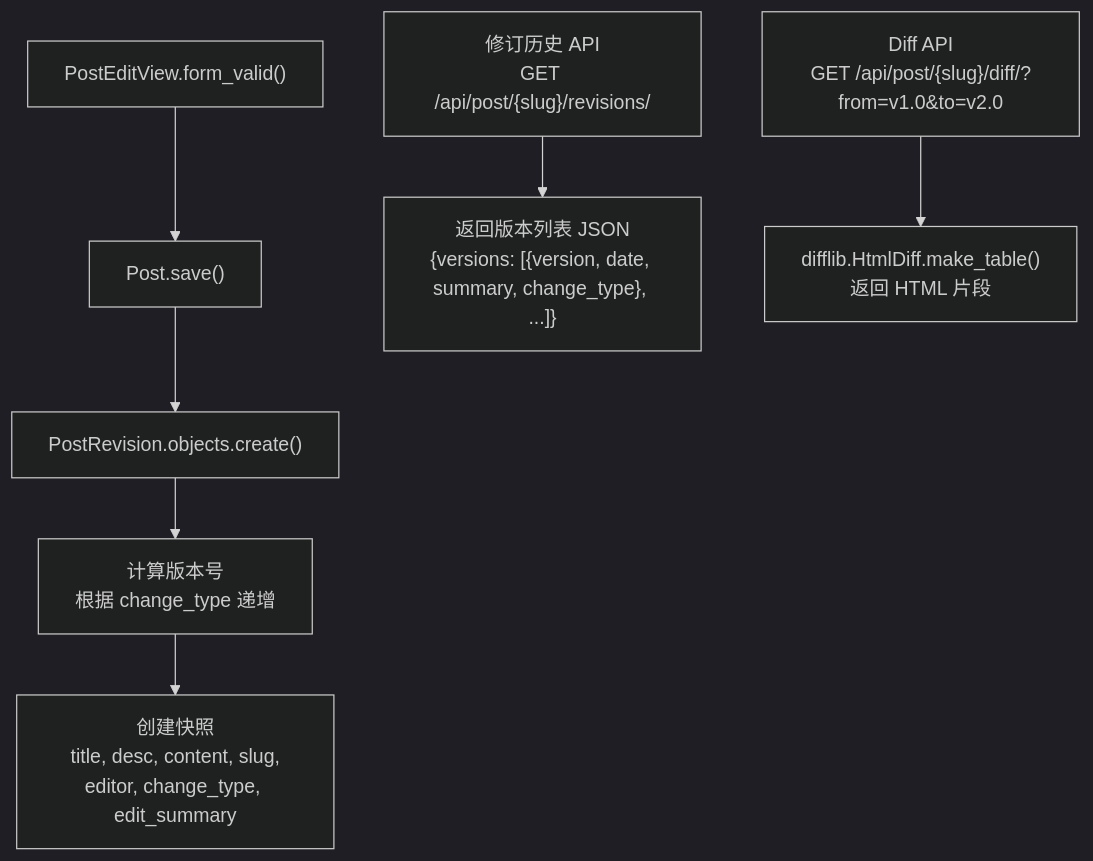
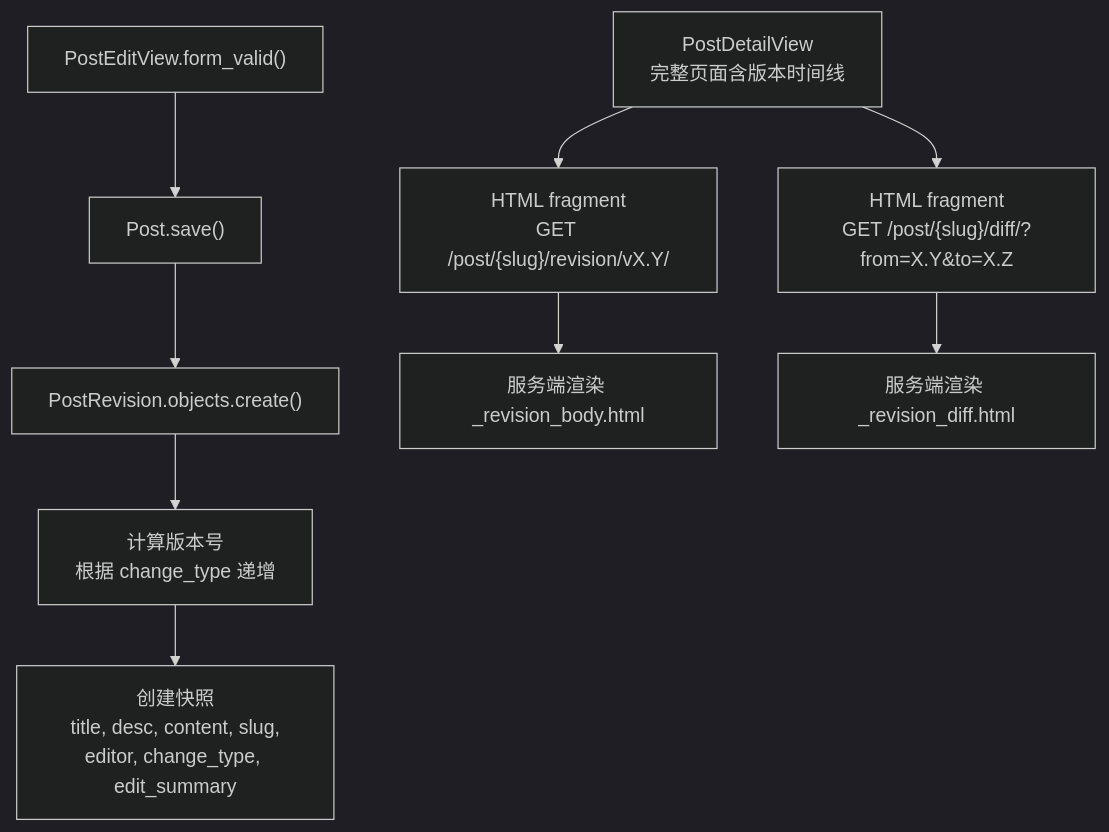
The second of 2 diagrams in V2GUIDE.md (se-veN714/PowerAdapterBlogs), drawn with Mermaid (dark theme) before and after one commit. The commit also changed other lines of this file and 49 other files, not shown here.

````diff
--- a/V2GUIDE.md
+++ b/V2GUIDE.md
@@ -280,18 +339,21 @@
 ```mermaid
 flowchart TD
     EDIT["PostEditView.form_valid()"]
     SAVE["Post.save()"]
     SNAP["PostRevision.objects.create()"]
 
     EDIT --> SAVE
     SAVE --> SNAP
     
     SNAP --> CALC["计算版本号<br/>根据 change_type 递增"]
     CALC --> CREATE["创建快照<br/>title, desc, content, slug,<br/>editor, change_type, edit_summary"]
     
-    API["修订历史 API<br/>GET /api/post/{slug}/revisions/"]
-    DIFF_API["Diff API<br/>GET /api/post/{slug}/diff/?from=v1.0&to=v2.0"]
+    PAGE["PostDetailView<br/>完整页面含版本时间线"]
+    BODY["HTML fragment<br/>GET /post/{slug}/revision/vX.Y/"]
+    DIFF["HTML fragment<br/>GET /post/{slug}/diff/?from=X.Y&to=X.Z"]
     
-    API --> LIST["返回版本列表 JSON<br/>{versions: [{version, date, summary, change_type}, ...]}"]
-    DIFF_API --> DIFF["difflib.HtmlDiff.make_table()<br/>返回 HTML 片段"]
+    PAGE --> BODY
+    PAGE --> DIFF
+    BODY --> BODY_HTML["服务端渲染 _revision_body.html"]
+    DIFF --> DIFF_HTML["服务端渲染 _revision_diff.html"]
 ```
````
